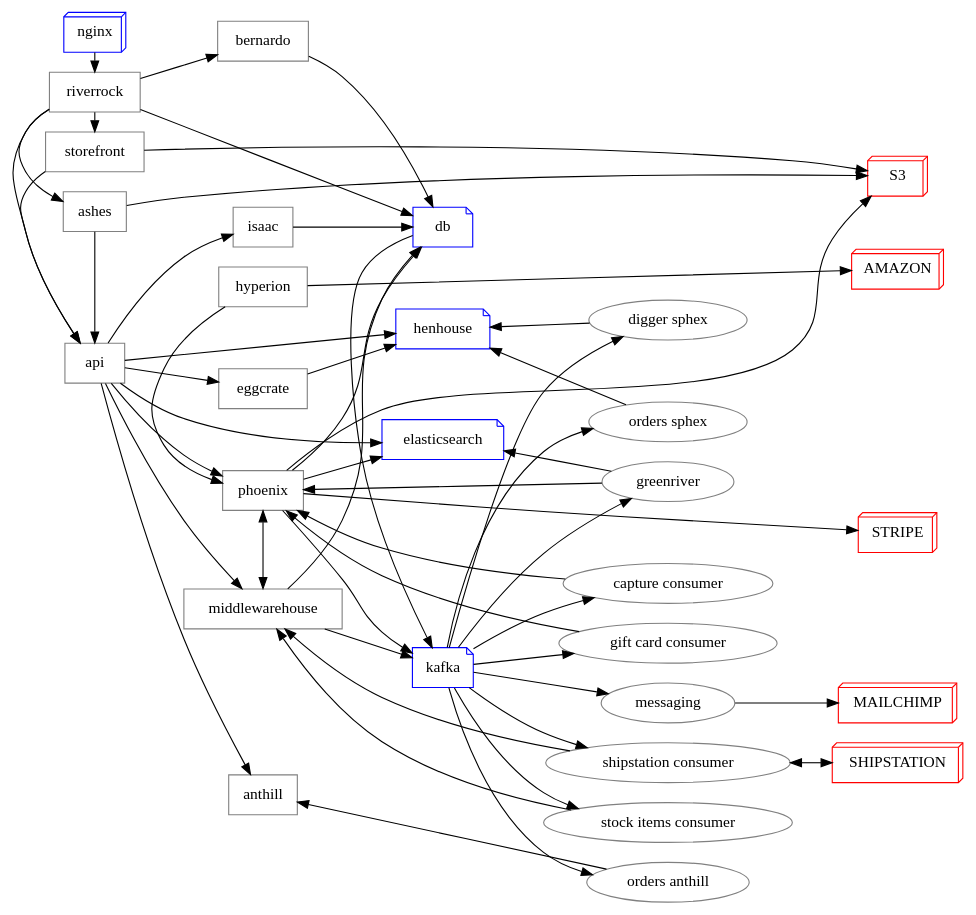
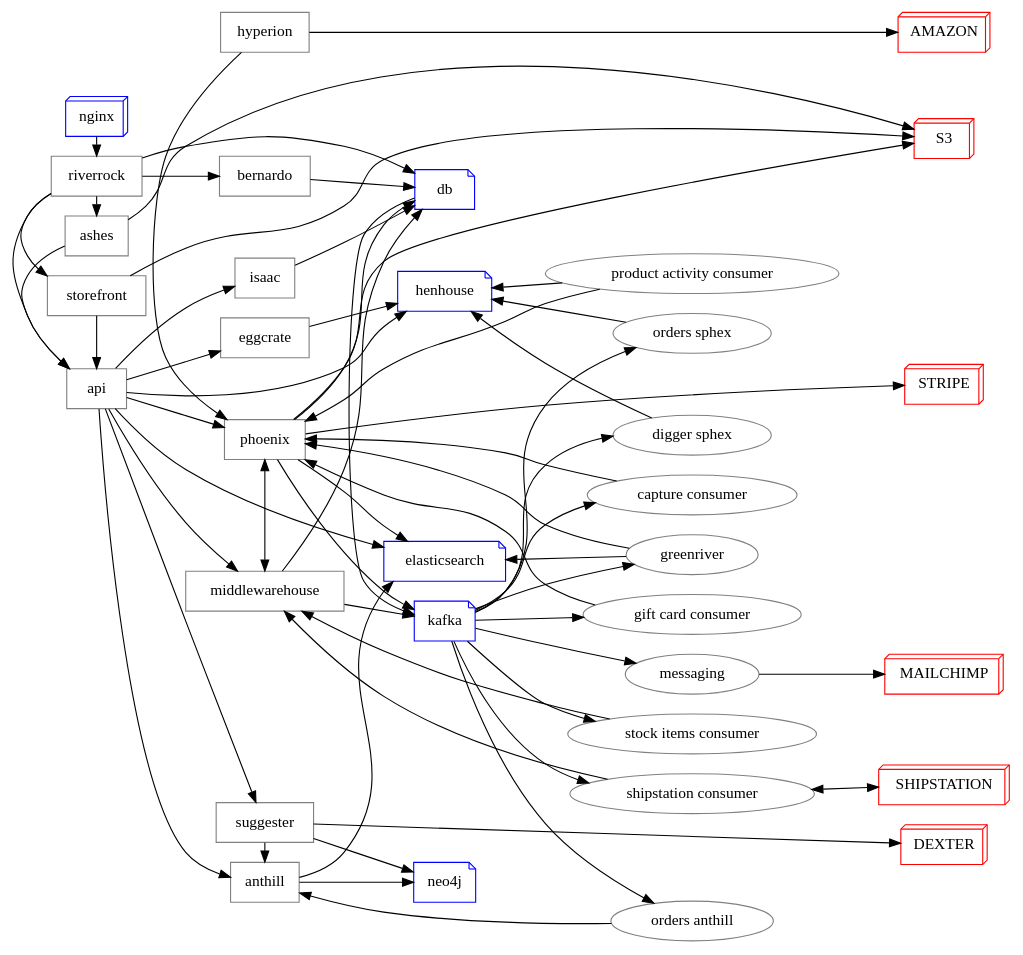
One commit to FoxComm/highlander changed the diagram in documents/diagrams/system/system.dot. Above: the diagram before and after it, drawn with Graphviz. The commit also changed 2 other files, not shown here.

Commit message:
Update system diagram to include new services.

```diff
--- a/documents/diagrams/system/system.dot
+++ b/documents/diagrams/system/system.dot
@@ -1,106 +1,118 @@
 digraph {
     overlap=false;
     rankdir=LR;
 
     subgraph {
         rank=min;
         nginx [shape=box3d,color=blue];
         riverrock [shape=rectangle,color=gray];
         storefront [shape=rectangle,color=gray];
         ashes [shape=rectangle,color=gray];
         api [shape=rectangle,color=gray];
     }
 
     subgraph {
         rank=same;
         phoenix [shape=rectangle,color=gray];
         middlewarehouse [shape=rectangle,color=gray];
         eggcrate [shape=rectangle,color=gray];
         anthill [shape=rectangle,color=gray];
+        suggester [shape=rectangle,color=gray];
         hyperion [shape=rectangle,color=gray];
         isaac [shape=rectangle,color=gray];
         bernardo [shape=rectangle,color=gray];
     }         
 
     subgraph { 
         rank=same;
         greenriver [color=gray];
         "capture consumer" [color=gray];
         "gift card consumer" [color=gray];
         "orders sphex" [color=gray];
         "orders anthill" [color=gray];
         "digger sphex" [color=gray];
         "messaging" [color=gray];
         "shipstation consumer" [color=gray];
         "stock items consumer" [color=gray];
+        "product activity consumer" [color=gray];
     }
 
     subgraph {
         rank=same;
         henhouse [shape=note,color=blue]; 
         db [shape=note,color=blue]; 
         kafka [shape=note,color=blue];
         elasticsearch [shape=note,color=blue];
+        neo4j [shape=note,color=blue];
     }
 
     subgraph { 
         rank=max;
         SHIPSTATION [shape=box3d,color=red];
         STRIPE [shape=box3d,color=red];
         MAILCHIMP [shape=box3d,color=red];
         S3 [shape=box3d,color=red];
         AMAZON [shape=box3d,color=red];
+        DEXTER [shape=box3d,color=red];
     }
 
     "capture consumer" -> phoenix;
     "digger sphex" -> henhouse;
     "orders sphex" -> henhouse;
     "orders anthill" -> anthill;
     "shipstation consumer" -> SHIPSTATION [dir=both];
     "shipstation consumer" -> middlewarehouse;
     "stock items consumer" -> middlewarehouse;
     "gift card consumer" -> phoenix;
+    "product activity consumer" -> phoenix;
+    "product activity consumer" -> henhouse;
     api -> eggcrate;
     api -> henhouse;
     api -> anthill;
+    api -> suggester;
     api -> isaac;
     api -> middlewarehouse;
     api -> phoenix;
     api -> elasticsearch;
     ashes -> S3;
     ashes -> api;
     bernardo -> db;
     db -> kafka;
     eggcrate -> henhouse;
     greenriver -> elasticsearch;
     greenriver -> phoenix;
     hyperion -> AMAZON;
     hyperion -> phoenix;
+    anthill -> elasticsearch;
+    anthill -> neo4j;
+    suggester -> anthill
+    suggester -> neo4j
+    suggester -> DEXTER
     isaac -> db;
     kafka -> "capture consumer";
     kafka -> "digger sphex";
     kafka -> "gift card consumer";
     kafka -> "orders sphex";
     kafka -> "orders anthill";
     kafka -> "shipstation consumer";
     kafka -> "stock items consumer";
     kafka -> greenriver;
     kafka -> messaging;
     messaging -> MAILCHIMP;
     middlewarehouse -> db;
     middlewarehouse -> kafka;
     nginx -> riverrock;
     phoenix -> S3;
     phoenix -> STRIPE;
     phoenix -> db;
     phoenix -> kafka;
     phoenix -> middlewarehouse [dir=both];
     phoenix -> elasticsearch;
     riverrock -> api;
     riverrock -> ashes
     riverrock -> bernardo;
     riverrock -> db;
     riverrock -> storefront;
     storefront -> S3;
     storefront -> api;
 }
```
